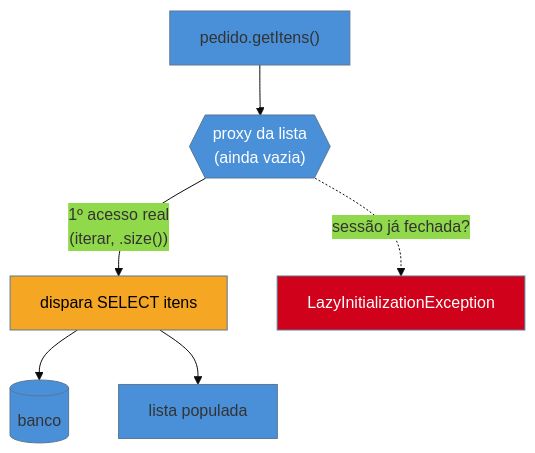
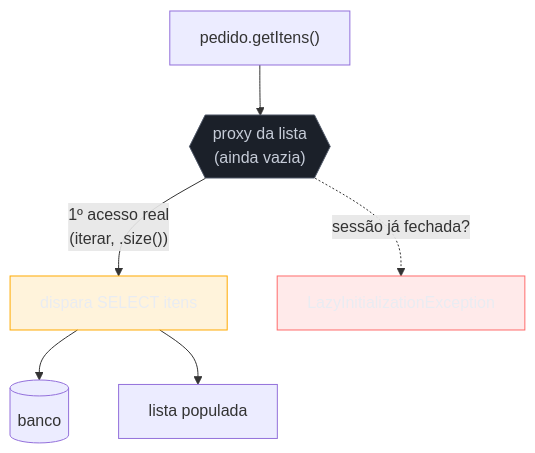
Before and after one commit to josenaldo/codex-technomanticus: the diagram in 03-Dominios/Engenharia/Design de Software/Padrões de Projeto/Acesso a Dados/12 - Lazy Load.md, drawn with Mermaid. The commit also changed 1181 other files, not shown here.

First line of the commit message:
fix(diagramas): paleta do sistema no lugar de cor cravada no markdown

````diff
--- a/03-Dominios/Engenharia/Design de Software/Padrões de Projeto/Acesso a Dados/12 - Lazy Load.md
+++ b/03-Dominios/Engenharia/Design de Software/Padrões de Projeto/Acesso a Dados/12 - Lazy Load.md
@@ -35,13 +35,15 @@
 ```mermaid
-%%{init: {"theme": "base", "themeVariables": {"primaryColor": "#4A90D9"}}}%%
 graph TD
+    classDef neutro fill:#1B2029,stroke:#4E5666,color:#C6CCD8
+    classDef falha fill:#FF6B6B24,stroke:#FF6B6B,color:#E9ECF2
+    classDef destaque fill:#FFAA0024,stroke:#FFAA00,color:#E9ECF2
     P["pedido.getItens()"] --> PX{{"proxy da lista<br/>(ainda vazia)"}}
     PX -->|"1º acesso real<br/>(iterar, .size())"| Q["dispara SELECT itens"]
     Q --> DB[("banco")]
     Q --> L["lista populada"]
     PX -.->|"sessão já fechada?"| EX["LazyInitializationException"]
 
-    style PX fill:#4A90D9,color:#fff
-    style EX fill:#D0021B,color:#fff
-    style Q fill:#F5A623,color:#000
+    class PX neutro
+    class EX falha
+    class Q destaque
 ```
````
